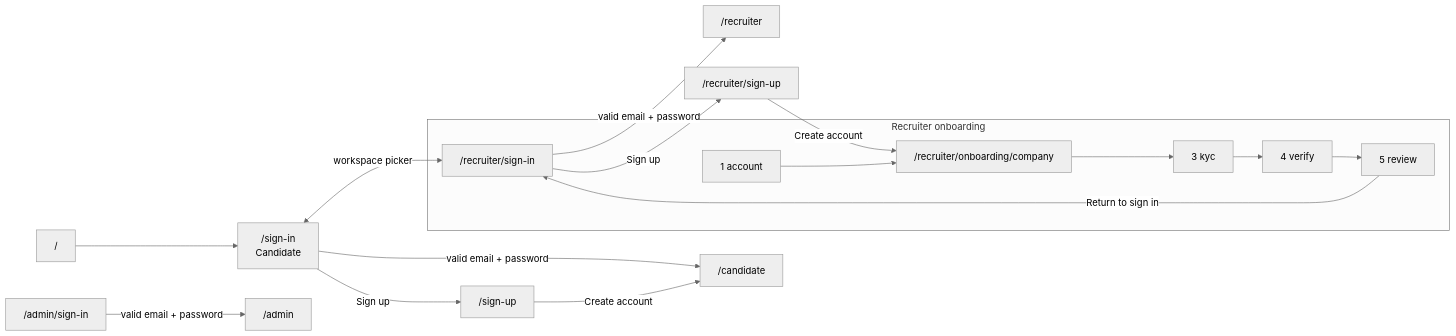
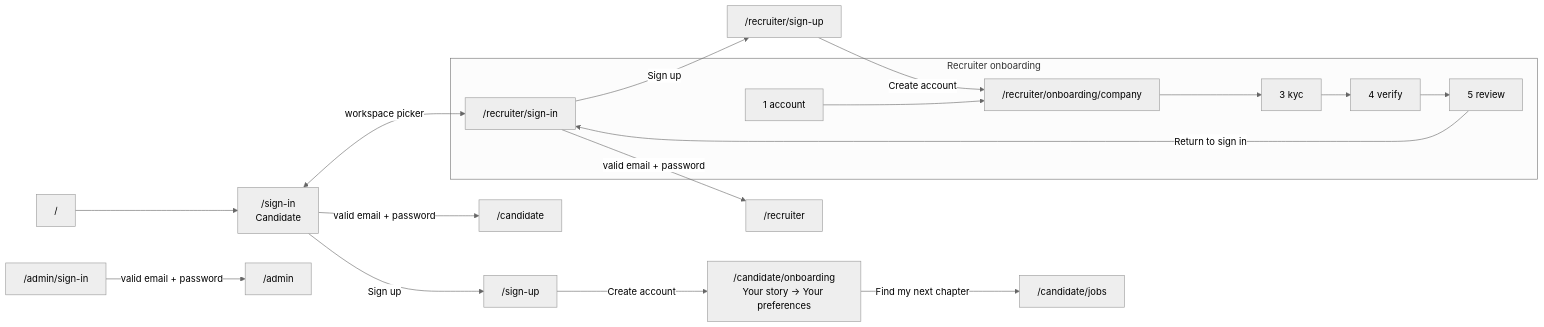
One commit to Tushankar/eujobs-frontend changed the first of 4 diagrams in docs/USER_FLOW.md. Above: the diagram before and after it, drawn with Mermaid (neutral theme). The commit also changed other lines of this file and 3 other files, not shown here.

````diff
--- a/docs/USER_FLOW.md
+++ b/docs/USER_FLOW.md
@@ -9,18 +9,19 @@
 ```mermaid
 flowchart LR
   root["/ "] --> SI["/sign-in<br/>Candidate"]
   SI <-->|"workspace picker"| RSI["/recruiter/sign-in"]
   SI -->|valid email + password| CO["/candidate"]
   SI -->|Sign up| SU["/sign-up"]
-  SU -->|Create account| CO
+  SU -->|Create account| ONB["/candidate/onboarding<br/>Your story → Your preferences"]
+  ONB -->|Find my next chapter| CJ["/candidate/jobs"]
   RSI -->|valid email + password| RO["/recruiter"]
   RSI -->|Sign up| RSU["/recruiter/sign-up"]
   RSU -->|Create account| ON2["/recruiter/onboarding/company"]
   ADM["/admin/sign-in"] -->|valid email + password| AO["/admin"]
 
   subgraph Recruiter onboarding
     ON1["1 account"] --> ON2
     ON2 --> ON3["3 kyc"] --> ON4["4 verify"] --> ON5["5 review"]
     ON5 -->|Return to sign in| RSI
   end
 ```
````
